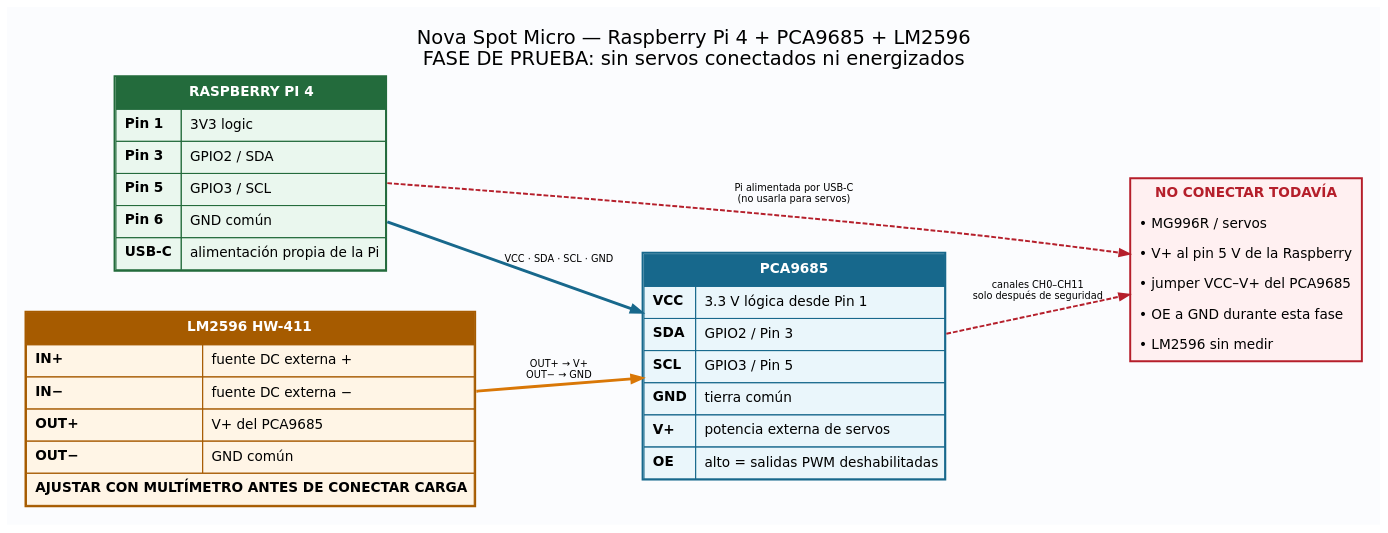
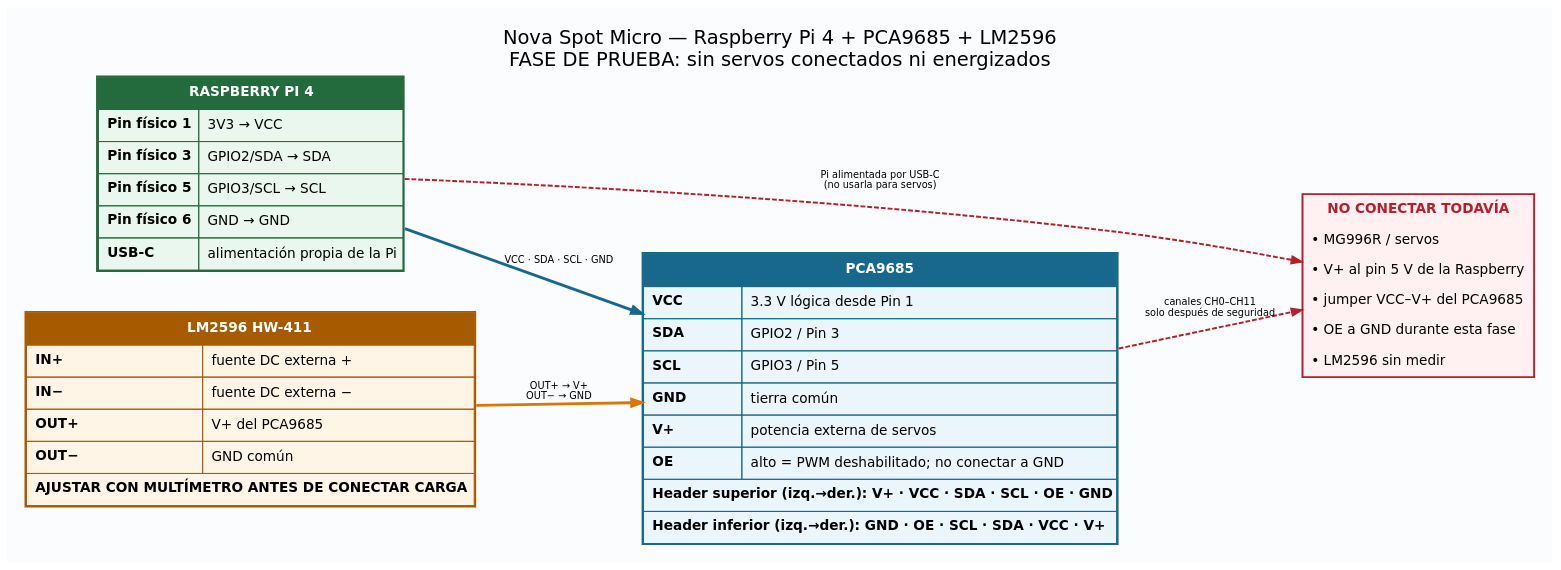
One commit to davidediaz/nova-spot-micro-tesis changed the diagram in Raspberry/DIAGRAMA_CABLEADO_PI4_PCA9685_LM2596.dot. Above: the diagram before and after it, drawn with Graphviz. The commit also changed 4 other files, not shown here.

```diff
--- a/Raspberry/DIAGRAMA_CABLEADO_PI4_PCA9685_LM2596.dot
+++ b/Raspberry/DIAGRAMA_CABLEADO_PI4_PCA9685_LM2596.dot
@@ -1,53 +1,55 @@
 digraph G {
   graph [rankdir=LR, bgcolor="#fbfcfe", pad="0.25", nodesep="0.55", ranksep="0.8",
          fontname="DejaVu Sans", label="Nova Spot Micro — Raspberry Pi 4 + PCA9685 + LM2596\nFASE DE PRUEBA: sin servos conectados ni energizados", labelloc=t, fontsize=20];
   node [shape=plain, fontname="DejaVu Sans"];
   edge [fontname="DejaVu Sans", fontsize=10, penwidth=2];
 
   pi [label=<
     <TABLE BORDER="2" COLOR="#236b3c" CELLBORDER="1" CELLSPACING="0" CELLPADDING="8" BGCOLOR="#eaf7ee">
       <TR><TD COLSPAN="2" BGCOLOR="#236b3c"><FONT COLOR="white"><B>RASPBERRY PI 4</B></FONT></TD></TR>
-      <TR><TD ALIGN="LEFT"><B>Pin 1</B></TD><TD ALIGN="LEFT">3V3 logic</TD></TR>
-      <TR><TD ALIGN="LEFT"><B>Pin 3</B></TD><TD ALIGN="LEFT">GPIO2 / SDA</TD></TR>
-      <TR><TD ALIGN="LEFT"><B>Pin 5</B></TD><TD ALIGN="LEFT">GPIO3 / SCL</TD></TR>
-      <TR><TD ALIGN="LEFT"><B>Pin 6</B></TD><TD ALIGN="LEFT">GND común</TD></TR>
+      <TR><TD ALIGN="LEFT"><B>Pin físico 1</B></TD><TD ALIGN="LEFT">3V3 → VCC</TD></TR>
+      <TR><TD ALIGN="LEFT"><B>Pin físico 3</B></TD><TD ALIGN="LEFT">GPIO2/SDA → SDA</TD></TR>
+      <TR><TD ALIGN="LEFT"><B>Pin físico 5</B></TD><TD ALIGN="LEFT">GPIO3/SCL → SCL</TD></TR>
+      <TR><TD ALIGN="LEFT"><B>Pin físico 6</B></TD><TD ALIGN="LEFT">GND → GND</TD></TR>
       <TR><TD ALIGN="LEFT"><B>USB-C</B></TD><TD ALIGN="LEFT">alimentación propia de la Pi</TD></TR>
     </TABLE>>];
 
   pca [label=<
     <TABLE BORDER="2" COLOR="#17688c" CELLBORDER="1" CELLSPACING="0" CELLPADDING="8" BGCOLOR="#eaf6fb">
       <TR><TD COLSPAN="2" BGCOLOR="#17688c"><FONT COLOR="white"><B>PCA9685</B></FONT></TD></TR>
       <TR><TD ALIGN="LEFT"><B>VCC</B></TD><TD ALIGN="LEFT">3.3 V lógica desde Pin 1</TD></TR>
       <TR><TD ALIGN="LEFT"><B>SDA</B></TD><TD ALIGN="LEFT">GPIO2 / Pin 3</TD></TR>
       <TR><TD ALIGN="LEFT"><B>SCL</B></TD><TD ALIGN="LEFT">GPIO3 / Pin 5</TD></TR>
       <TR><TD ALIGN="LEFT"><B>GND</B></TD><TD ALIGN="LEFT">tierra común</TD></TR>
       <TR><TD ALIGN="LEFT"><B>V+</B></TD><TD ALIGN="LEFT">potencia externa de servos</TD></TR>
-      <TR><TD ALIGN="LEFT"><B>OE</B></TD><TD ALIGN="LEFT">alto = salidas PWM deshabilitadas</TD></TR>
+      <TR><TD ALIGN="LEFT"><B>OE</B></TD><TD ALIGN="LEFT">alto = PWM deshabilitado; no conectar a GND</TD></TR>
+      <TR><TD COLSPAN="2" ALIGN="LEFT"><B>Header superior (izq.→der.): V+ · VCC · SDA · SCL · OE · GND</B></TD></TR>
+      <TR><TD COLSPAN="2" ALIGN="LEFT"><B>Header inferior (izq.→der.): GND · OE · SCL · SDA · VCC · V+</B></TD></TR>
     </TABLE>>];
 
   buck [label=<
     <TABLE BORDER="2" COLOR="#a65b00" CELLBORDER="1" CELLSPACING="0" CELLPADDING="8" BGCOLOR="#fff5e6">
       <TR><TD COLSPAN="2" BGCOLOR="#a65b00"><FONT COLOR="white"><B>LM2596 HW-411</B></FONT></TD></TR>
       <TR><TD ALIGN="LEFT"><B>IN+</B></TD><TD ALIGN="LEFT">fuente DC externa +</TD></TR>
       <TR><TD ALIGN="LEFT"><B>IN−</B></TD><TD ALIGN="LEFT">fuente DC externa −</TD></TR>
       <TR><TD ALIGN="LEFT"><B>OUT+</B></TD><TD ALIGN="LEFT">V+ del PCA9685</TD></TR>
       <TR><TD ALIGN="LEFT"><B>OUT−</B></TD><TD ALIGN="LEFT">GND común</TD></TR>
       <TR><TD COLSPAN="2" ALIGN="LEFT"><B>AJUSTAR CON MULTÍMETRO ANTES DE CONECTAR CARGA</B></TD></TR>
     </TABLE>>];
 
   safety [label=<
     <TABLE BORDER="2" COLOR="#b51f2b" CELLBORDER="0" CELLSPACING="0" CELLPADDING="8" BGCOLOR="#fff0f1">
       <TR><TD><FONT COLOR="#b51f2b"><B>NO CONECTAR TODAVÍA</B></FONT></TD></TR>
       <TR><TD ALIGN="LEFT">• MG996R / servos</TD></TR>
       <TR><TD ALIGN="LEFT">• V+ al pin 5 V de la Raspberry</TD></TR>
       <TR><TD ALIGN="LEFT">• jumper VCC–V+ del PCA9685</TD></TR>
       <TR><TD ALIGN="LEFT">• OE a GND durante esta fase</TD></TR>
       <TR><TD ALIGN="LEFT">• LM2596 sin medir</TD></TR>
     </TABLE>>];
 
   pi -> pca [label=" VCC · SDA · SCL · GND", color="#17688c", penwidth=3];
   buck -> pca [label=" OUT+ → V+\n OUT− → GND", color="#d97706", penwidth=3];
   pca -> safety [label="canales CH0–CH11\nsolo después de seguridad", color="#b51f2b", style=dashed];
   pi -> safety [label="Pi alimentada por USB-C\n(no usarla para servos)", color="#b51f2b", style=dashed];
   {rank=same; pi; buck}
 }
```
